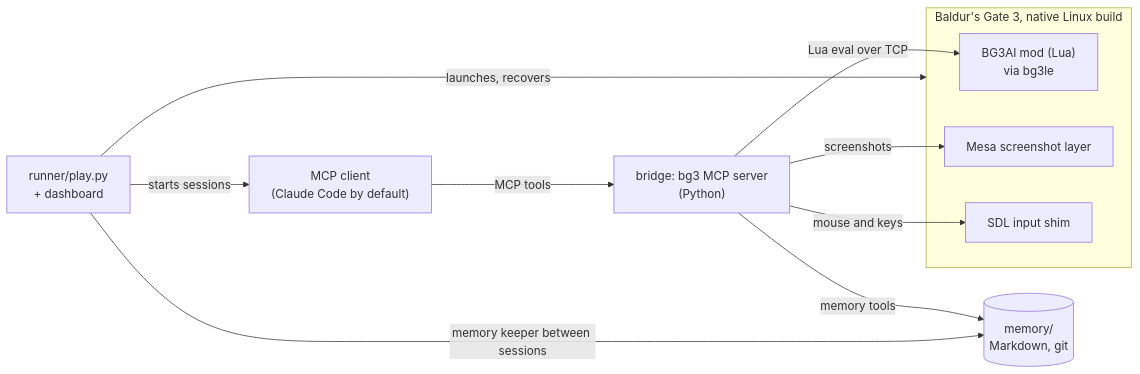
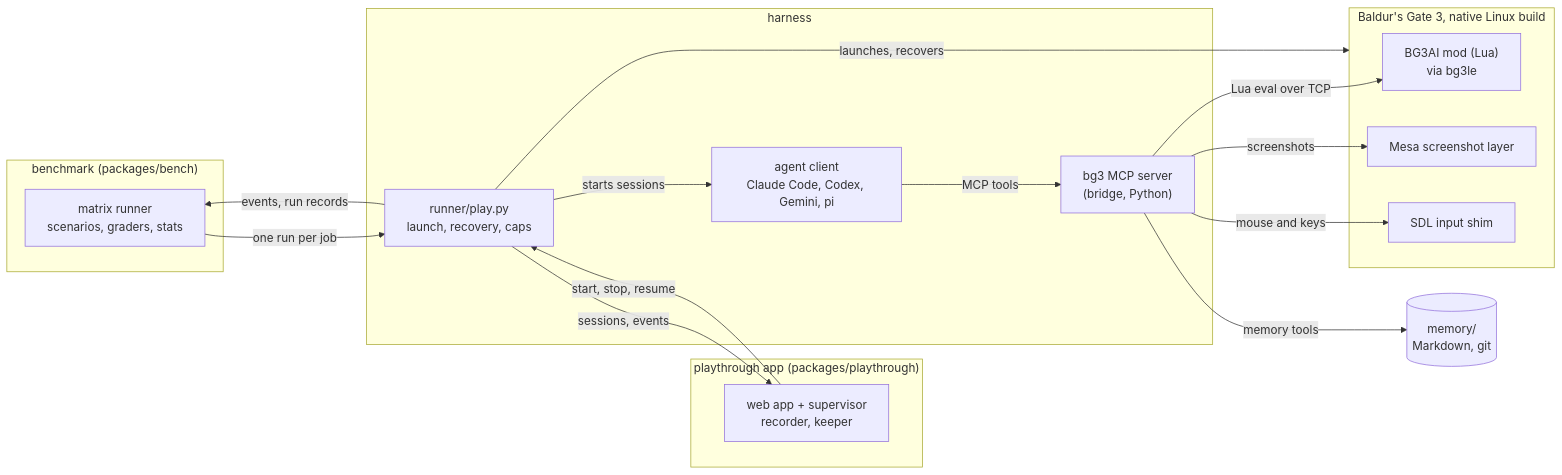
The diagram in README.md (Bogzx/bg3-agent-harness), drawn with Mermaid before and after one commit. The commit also changed other lines of this file and 8 other files, not shown here.

Commit message:
Docs for the three packages: README rewritten around harness, benchmark and app, a changelog with the version and bench-v tag scheme, a quickstart for testing your own model, the MCP server and the app, and the game-update procedure

````diff
--- a/README.md
+++ b/README.md
@@ -56,21 +70,32 @@
 ```mermaid
 flowchart LR
-    client["MCP client<br/>(Claude Code by default)"]
-    bridge["bridge: bg3 MCP server<br/>(Python)"]
+    subgraph bench["benchmark (packages/bench)"]
+        matrix["matrix runner<br/>scenarios, graders, stats"]
+    end
+    subgraph app["playthrough app (packages/playthrough)"]
+        ui["web app + supervisor<br/>recorder, keeper"]
+    end
+    subgraph harness["harness"]
+        runner["runner/play.py<br/>launch, recovery, caps"]
+        client["agent client<br/>Claude Code, Codex, Gemini, pi"]
+        bridge["bg3 MCP server<br/>(bridge, Python)"]
+    end
     memory[("memory/<br/>Markdown, git")]
     subgraph game["Baldur's Gate 3, native Linux build"]
         mod["BG3AI mod (Lua)<br/>via bg3le"]
         shot["Mesa screenshot layer"]
         input["SDL input shim"]
     end
-    runner["runner/play.py<br/>+ dashboard"]
 
+    matrix -- "one run per job" --> runner
+    ui -- "start, stop, resume" --> runner
+    runner -- "launches, recovers" --> game
+    runner -- "starts sessions" --> client
     client -- "MCP tools" --> bridge
     bridge -- "Lua eval over TCP" --> mod
     bridge -- "screenshots" --> shot
     bridge -- "mouse and keys" --> input
     bridge -- "memory tools" --> memory
-    runner -- "launches, recovers" --> game
-    runner -- "starts sessions" --> client
-    runner -- "memory keeper between sessions" --> memory
+    runner -- "events, run records" --> matrix
+    runner -- "sessions, events" --> ui
 ```
````
